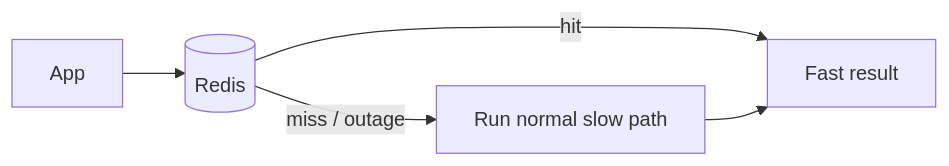
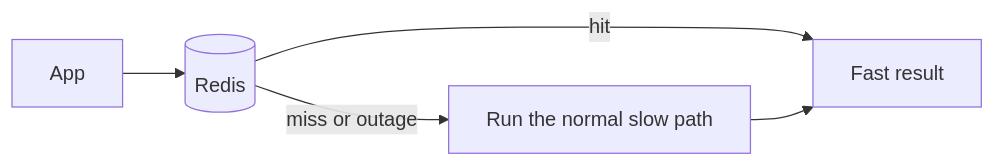
Diagram 11 of 18 in docs/DAY_04_LEARNINGS.md (Aman-srivastav24/ai-support-triage), drawn with Mermaid before and after one commit. The commit also changed other lines of this file, not shown here.

````diff
--- a/docs/DAY_04_LEARNINGS.md
+++ b/docs/DAY_04_LEARNINGS.md
@@ -596,7 +593,7 @@
 ```mermaid
 flowchart LR
-    A[App] --> R[(Redis)]
-    R -->|hit| F[Fast result]
-    R -->|miss / outage| S[Run normal slow path]
+    A["App"] --> R[("Redis")]
+    R -->|hit| F["Fast result"]
+    R -->|"miss or outage"| S["Run the normal slow path"]
     S --> F
 ```
````
